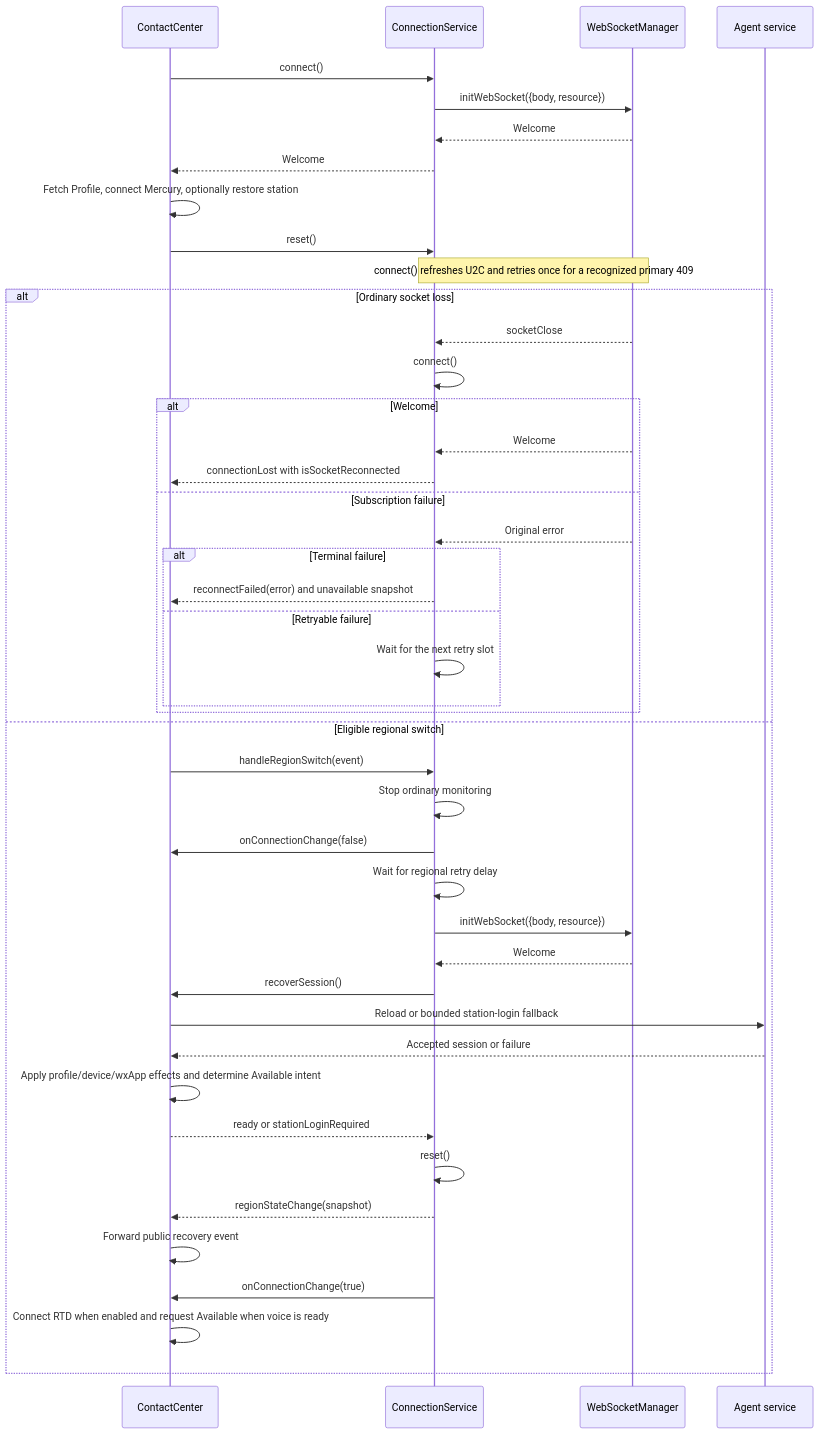
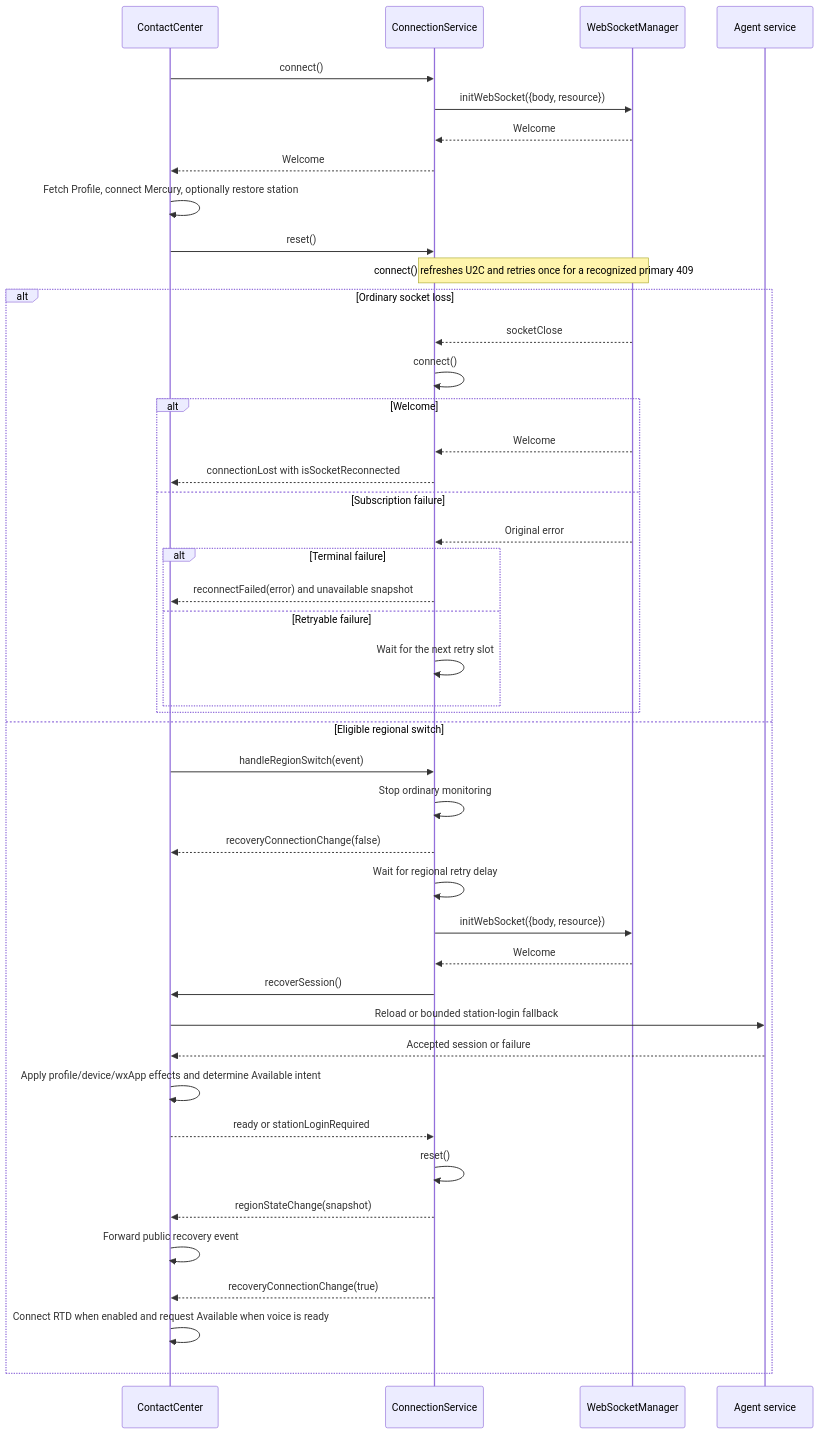
The fourth of 7 diagrams in packages/@webex/contact-center/src/services/core/docs/README.md (webex/webex-js-sdk), drawn with Mermaid before and after one commit. The commit also changed other lines of this file and 9 other files, not shown here.

````diff
--- a/packages/@webex/contact-center/src/services/core/docs/README.md
+++ b/packages/@webex/contact-center/src/services/core/docs/README.md
@@ -430,46 +430,46 @@
 ```mermaid
 sequenceDiagram
   participant CC as ContactCenter
   participant CS as ConnectionService
   participant WS as WebSocketManager
   participant Agent as Agent service
   CC->>CS: connect()
   CS->>WS: initWebSocket({body, resource})
   WS-->>CS: Welcome
   CS-->>CC: Welcome
   CC->>CC: Fetch Profile, connect Mercury, optionally restore station
   CC->>CS: reset()
   Note over CS,WS: connect() refreshes U2C and retries once for a recognized primary 409
   alt Ordinary socket loss
     WS-->>CS: socketClose
     CS->>CS: connect()
     alt Welcome
       WS-->>CS: Welcome
       CS-->>CC: connectionLost with isSocketReconnected
     else Subscription failure
       WS-->>CS: Original error
       alt Terminal failure
         CS-->>CC: reconnectFailed(error) and unavailable snapshot
       else Retryable failure
         CS->>CS: Wait for the next retry slot
       end
     end
   else Eligible regional switch
     CC->>CS: handleRegionSwitch(event)
     CS->>CS: Stop ordinary monitoring
-    CS->>CC: onConnectionChange(false)
+    CS-->>CC: recoveryConnectionChange(false)
     CS->>CS: Wait for regional retry delay
     CS->>WS: initWebSocket({body, resource})
     WS-->>CS: Welcome
     CS->>CC: recoverSession()
     CC->>Agent: Reload or bounded station-login fallback
     Agent-->>CC: Accepted session or failure
     CC->>CC: Apply profile/device/wxApp effects and determine Available intent
     CC-->>CS: ready or stationLoginRequired
     CS->>CS: reset()
     CS-->>CC: regionStateChange(snapshot)
     CC->>CC: Forward public recovery event
-    CS->>CC: onConnectionChange(true)
+    CS-->>CC: recoveryConnectionChange(true)
     CC->>CC: Connect RTD when enabled and request Available when voice is ready
   end
 ```
````
